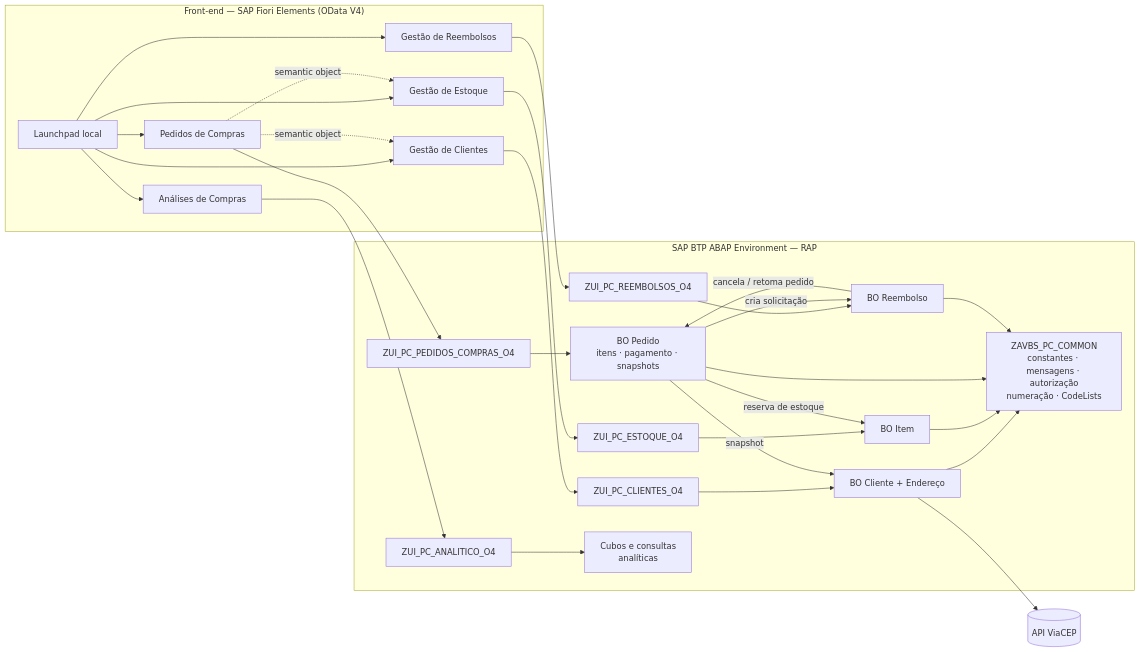
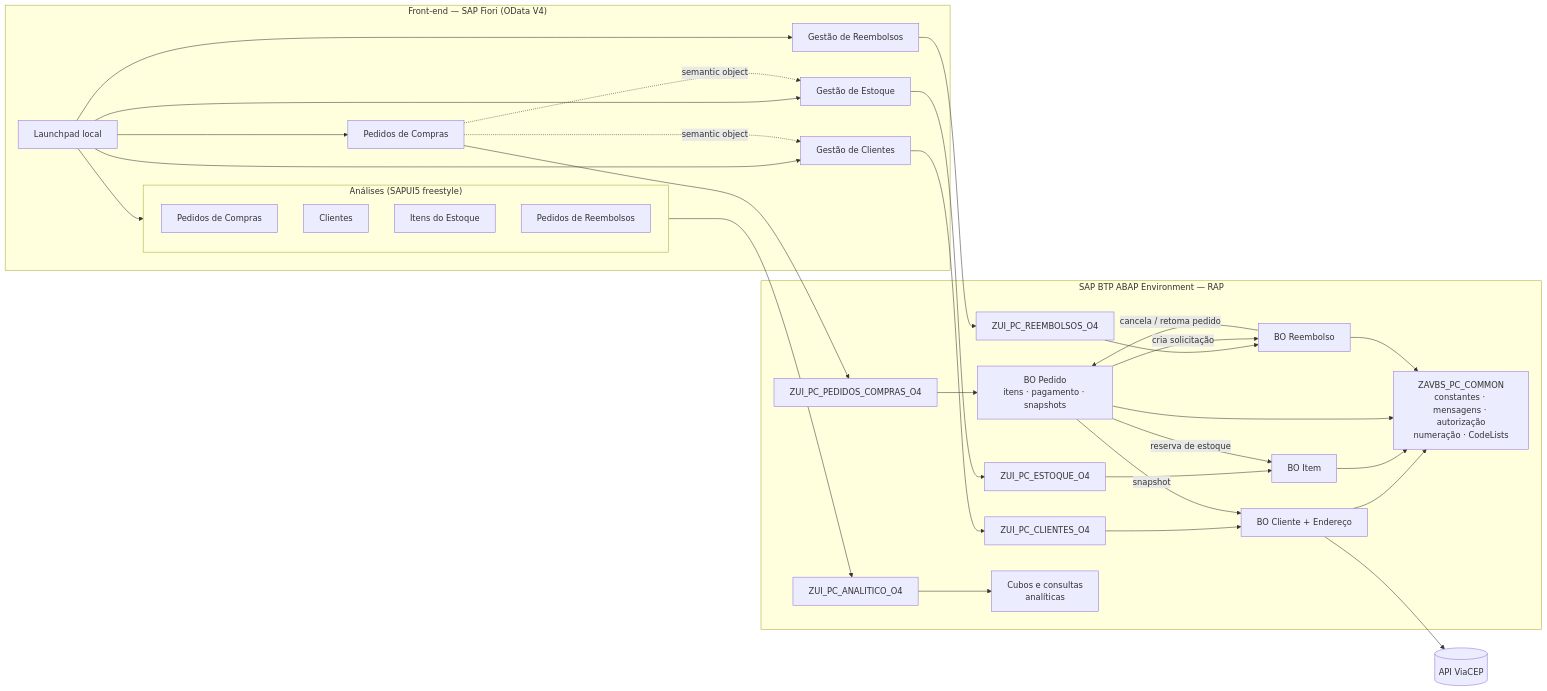
Before and after one commit to AdrianoBispo/sap-abap-rap-pedidos-de-compras-app: the first of 3 diagrams in README.md, drawn with Mermaid. The commit also changed other lines of this file and 6 other files, not shown here.

````diff
--- a/README.md
+++ b/README.md
@@ -169,38 +183,43 @@
 ```mermaid
 flowchart LR
-    subgraph UI["Front-end — SAP Fiori Elements (OData V4)"]
+    subgraph UI["Front-end — SAP Fiori (OData V4)"]
         FLP["Launchpad local"]
         APPC["Gestão de Clientes"]
         APPE["Gestão de Estoque"]
         APPP["Pedidos de Compras"]
         APPR["Gestão de Reembolsos"]
-        APPA["Análises de Compras"]
+        subgraph ANL["Análises (SAPUI5 freestyle)"]
+            APAP["Pedidos de Compras"]
+            APAC["Clientes"]
+            APAE["Itens do Estoque"]
+            APAR["Pedidos de Reembolsos"]
+        end
     end
 
     subgraph BTP["SAP BTP ABAP Environment — RAP"]
         SC["ZUI_PC_CLIENTES_O4"] --> BOC["BO Cliente + Endereço"]
         SE["ZUI_PC_ESTOQUE_O4"] --> BOI["BO Item"]
         SP["ZUI_PC_PEDIDOS_COMPRAS_O4"] --> BOP["BO Pedido<br/>itens · pagamento · snapshots"]
         SR["ZUI_PC_REEMBOLSOS_O4"] --> BOR["BO Reembolso"]
         SA["ZUI_PC_ANALITICO_O4"] --> CUB["Cubos e consultas<br/>analíticas"]
         COMMON["ZAVBS_PC_COMMON<br/>constantes · mensagens · autorização<br/>numeração · CodeLists"]
     end
 
-    FLP --> APPC & APPE & APPP & APPR & APPA
+    FLP --> APPC & APPE & APPP & APPR & ANL
     APPC --> SC
     APPE --> SE
     APPP --> SP
     APPR --> SR
-    APPA --> SA
+    ANL --> SA
     APPP -. semantic object .-> APPC
     APPP -. semantic object .-> APPE
     BOP -- reserva de estoque --> BOI
     BOP -- snapshot --> BOC
     BOP -- cria solicitação --> BOR
     BOR -- cancela / retoma pedido --> BOP
     BOC --> COMMON
     BOI --> COMMON
     BOP --> COMMON
     BOR --> COMMON
     BOC --> VIACEP[("API ViaCEP")]
 ```
````
